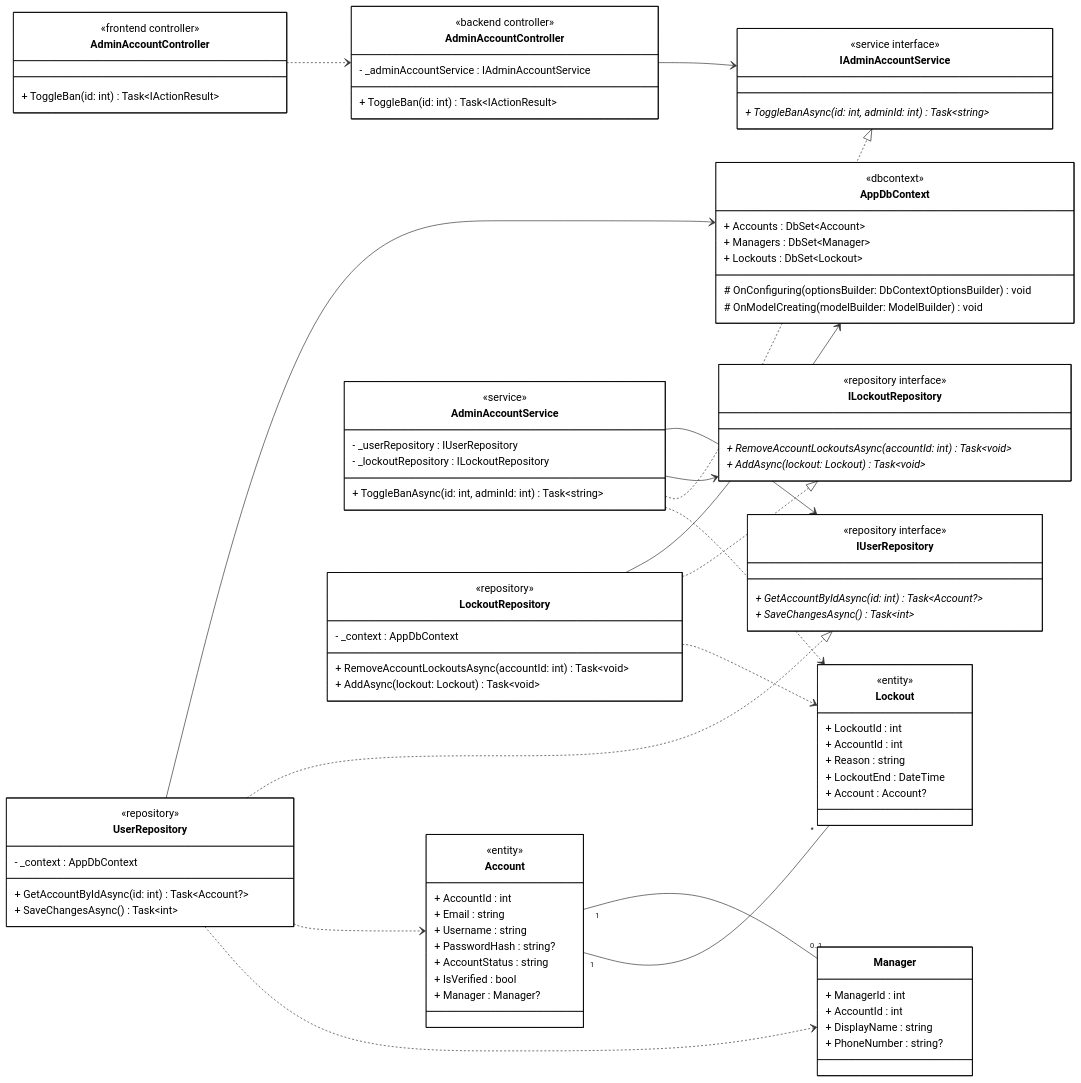
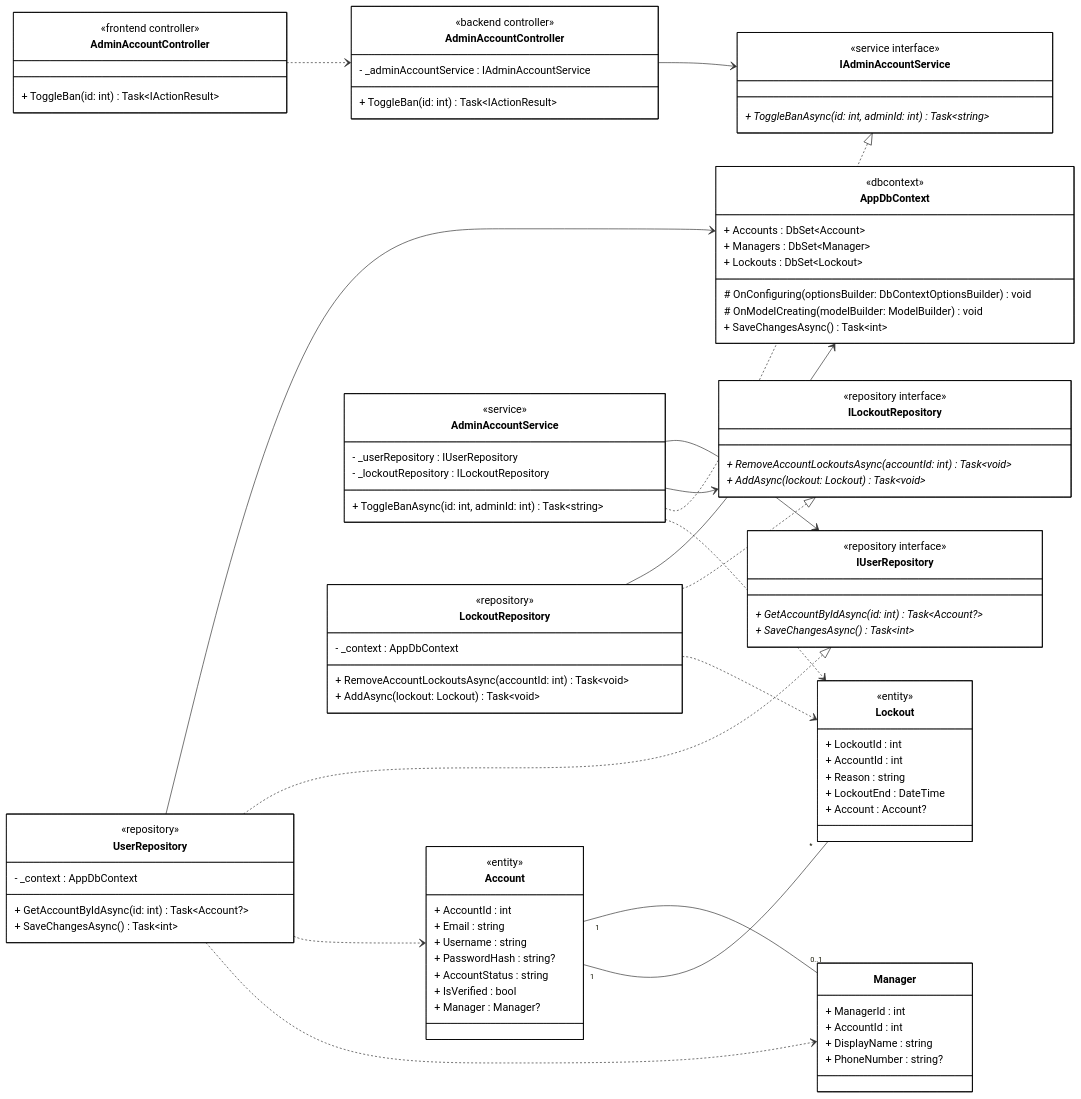
One commit to 1000do/Linked changed the diagram in diagrams/class_mermaid/manage_account/cls_mm_delete_account.mmd. Above: the diagram before and after it, drawn with Mermaid. The commit also changed 28 other files, not shown here.

Commit message:
fix class synced sequence

```diff
--- a/diagrams/class_mermaid/manage_account/cls_mm_delete_account.mmd
+++ b/diagrams/class_mermaid/manage_account/cls_mm_delete_account.mmd
@@ -1,135 +1,136 @@
 classDiagram
 direction LR
 
 %% ==================== FRONTEND ====================
 
 class AdminAccountControllerFE["AdminAccountController"] {
     <<frontend controller>>
     + ToggleBan(id: int) Task~IActionResult~
 }
 
 %% ==================== BACKEND - CONTROLLER ====================
 
 class AdminAccountControllerBE["AdminAccountController"] {
     <<backend controller>>
     - _adminAccountService : IAdminAccountService
     
     + ToggleBan(id: int) Task~IActionResult~
 }
 
 %% ==================== BACKEND - DOMAIN ENTITIES ====================
 
 class Account {
     <<entity>>
     + AccountId : int
     + Email : string
     + Username : string
     + PasswordHash : string?
     + AccountStatus : string
     + IsVerified : bool
     + Manager : Manager?
 }
 
 class Manager {
     + ManagerId : int
     + AccountId : int
     + DisplayName : string
     + PhoneNumber : string?
 }
 
 class Lockout {
     <<entity>>
     + LockoutId : int
     + AccountId : int
     + Reason : string
     + LockoutEnd : DateTime
     + Account : Account?
 }
 
 %% ==================== BACKEND - SERVICE INTERFACES ====================
 
 class IAdminAccountService {
     <<service interface>>
     + ToggleBanAsync(id: int, adminId: int) Task~string~ *
 }
 
 class IUserRepository {
     <<repository interface>>
     + GetAccountByIdAsync(id: int) Task~Account?~ *
     + SaveChangesAsync() Task~int~ *
 }
 
 class ILockoutRepository {
     <<repository interface>>
     + RemoveAccountLockoutsAsync(accountId: int) Task~void~ *
     + AddAsync(lockout: Lockout) Task~void~ *
 }
 
 %% ==================== BACKEND - SERVICE IMPLEMENTATION ====================
 
 class AdminAccountService {
     <<service>>
     - _userRepository : IUserRepository
     - _lockoutRepository : ILockoutRepository
     
     + ToggleBanAsync(id: int, adminId: int) Task~string~
 }
 
 %% ==================== BACKEND - REPOSITORY IMPLEMENTATION ====================
 
 class UserRepository {
     <<repository>>
     - _context : AppDbContext
     
     + GetAccountByIdAsync(id: int) Task~Account?~
     + SaveChangesAsync() Task~int~
 }
 
 class LockoutRepository {
     <<repository>>
     - _context : AppDbContext
     
     + RemoveAccountLockoutsAsync(accountId: int) Task~void~
     + AddAsync(lockout: Lockout) Task~void~
 }
 
 %% ==================== BACKEND - DbContext ====================
 
 class AppDbContext {
     <<dbcontext>>
     + Accounts : DbSet~Account~
     + Managers : DbSet~Manager~
     + Lockouts : DbSet~Lockout~
     
     # OnConfiguring(optionsBuilder: DbContextOptionsBuilder) void
     # OnModelCreating(modelBuilder: ModelBuilder) void
+    + SaveChangesAsync() Task~int~
 }
 
 %% ==================== RELATIONSHIPS ====================
 
 %% === BIDIRECTIONAL ASSOCIATION (solid line) ===
 Account "1" -- "0..1" Manager
 Account "1" -- "*" Lockout
 
 %% === UNIDIRECTIONAL ASSOCIATION (solid arrow) ===
 AdminAccountControllerBE --> IAdminAccountService
 AdminAccountService --> IUserRepository
 AdminAccountService --> ILockoutRepository
 UserRepository --> AppDbContext
 LockoutRepository --> AppDbContext
 
 %% === INTERFACE REALIZATION ===
 AdminAccountService ..|> IAdminAccountService
 UserRepository ..|> IUserRepository
 LockoutRepository ..|> ILockoutRepository
 
 %% === DEPENDENCY (dashed arrows) ===
 AdminAccountControllerFE ..> AdminAccountControllerBE
 AdminAccountService ..> Lockout
 UserRepository ..> Account
 UserRepository ..> Manager
 LockoutRepository ..> Lockout
 
 %% ==================== STYLES ====================
 
 classDef default fill:#FFFFFF,stroke:#000000,stroke-width:1px,color:#000000
```
